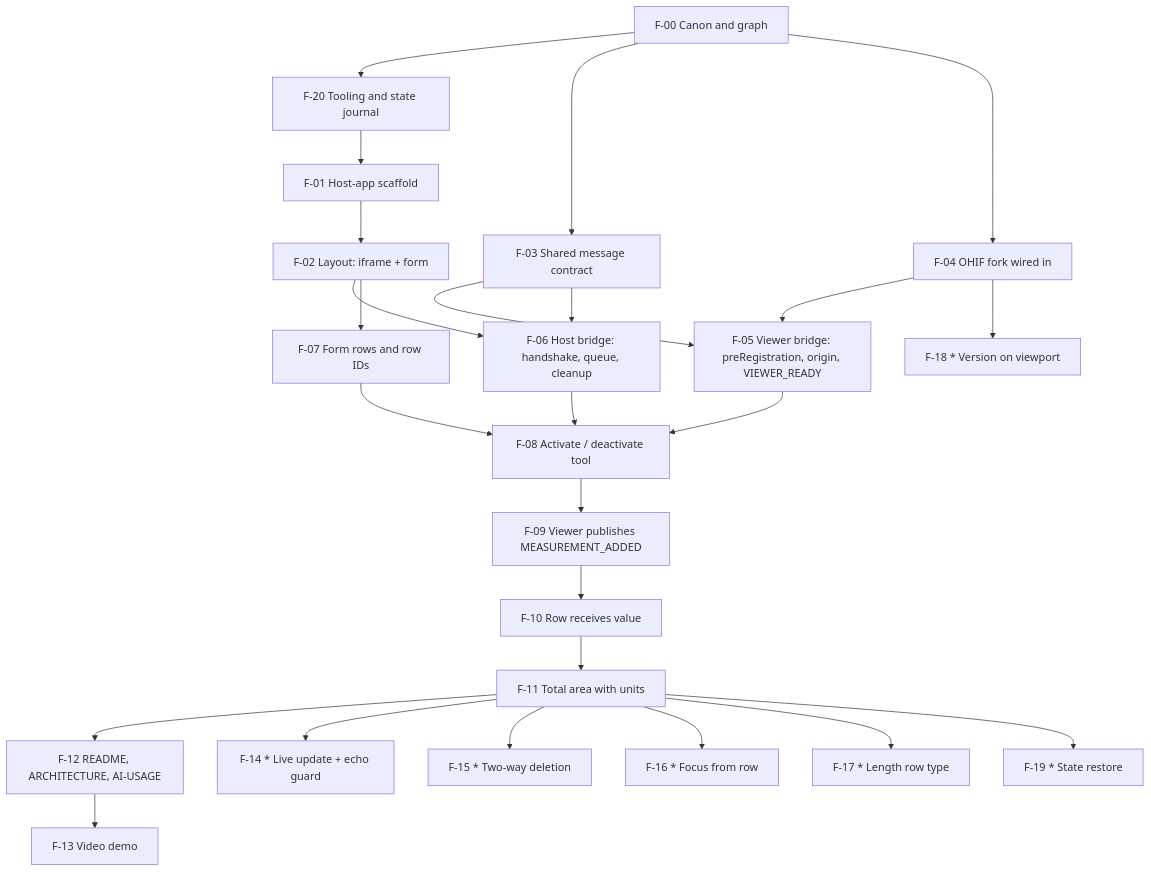
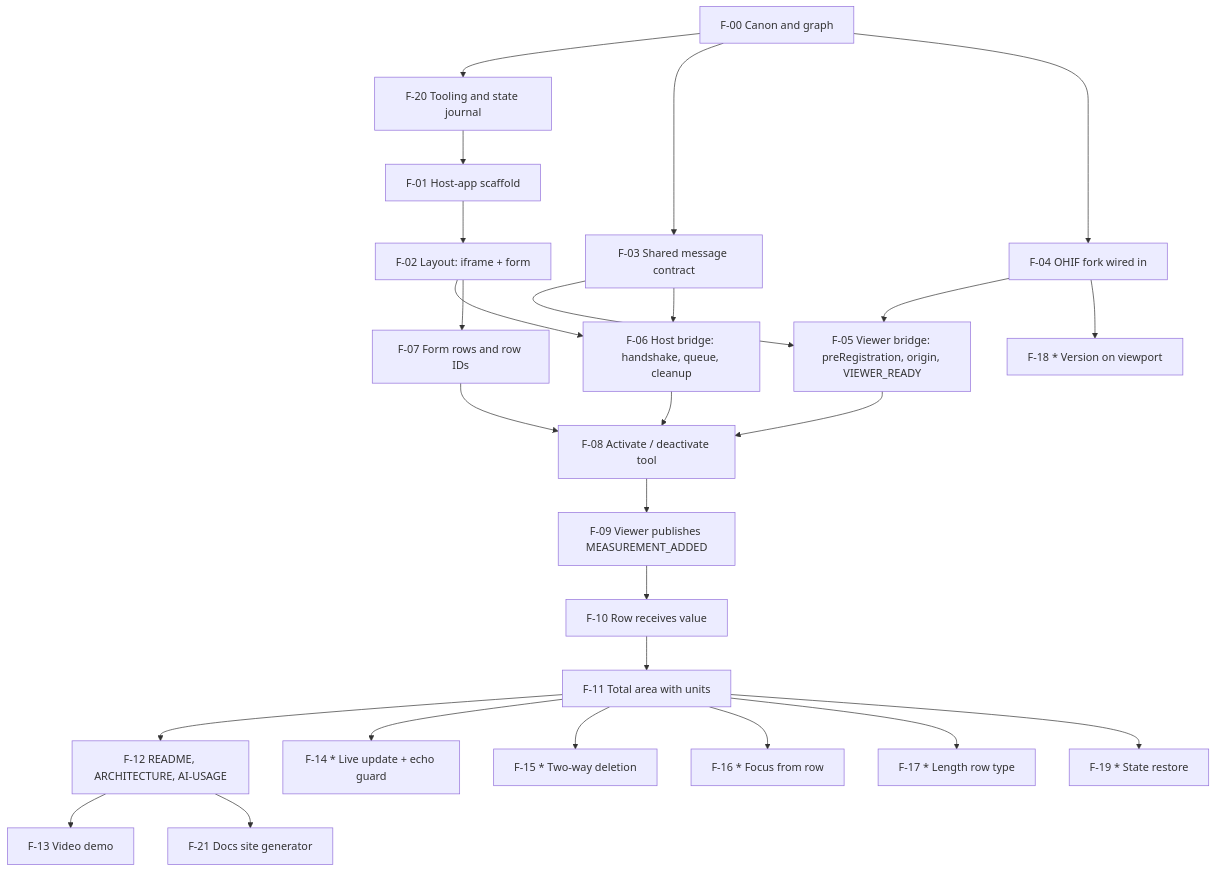
Before and after one commit to bdiadiun/artifact-synchronization: the diagram in docs/FEATURE-GRAPH.md, drawn with Mermaid. The commit also changed other lines of this file and 6 other files, not shown here.

First line of the commit message:
chore: docs site generator

````diff
--- a/docs/FEATURE-GRAPH.md
+++ b/docs/FEATURE-GRAPH.md
@@ -64,43 +65,45 @@
 ```mermaid
 graph TD
   F00[F-00 Canon and graph]
   F20[F-20 Tooling and state journal]
   F01[F-01 Host-app scaffold]
   F02[F-02 Layout: iframe + form]
   F03[F-03 Shared message contract]
   F04[F-04 OHIF fork wired in]
   F05[F-05 Viewer bridge: preRegistration, origin, VIEWER_READY]
   F06[F-06 Host bridge: handshake, queue, cleanup]
   F07[F-07 Form rows and row IDs]
   F08[F-08 Activate / deactivate tool]
   F09[F-09 Viewer publishes MEASUREMENT_ADDED]
   F10[F-10 Row receives value]
   F11[F-11 Total area with units]
   F12[F-12 README, ARCHITECTURE, AI-USAGE]
+  F21[F-21 Docs site generator]
   F13[F-13 Video demo]
   F14[F-14 * Live update + echo guard]
   F15[F-15 * Two-way deletion]
   F16[F-16 * Focus from row]
   F17[F-17 * Length row type]
   F18[F-18 * Version on viewport]
   F19[F-19 * State restore]
 
   F00 --> F20 --> F01 --> F02
   F00 --> F03
   F00 --> F04
   F03 --> F05
   F04 --> F05
   F02 --> F06
   F03 --> F06
   F02 --> F07
   F05 --> F08
   F06 --> F08
   F07 --> F08
   F08 --> F09 --> F10 --> F11 --> F12 --> F13
+  F12 --> F21
   F11 --> F14
   F11 --> F15
   F11 --> F16
   F11 --> F17
   F04 --> F18
   F11 --> F19
 ```
````
